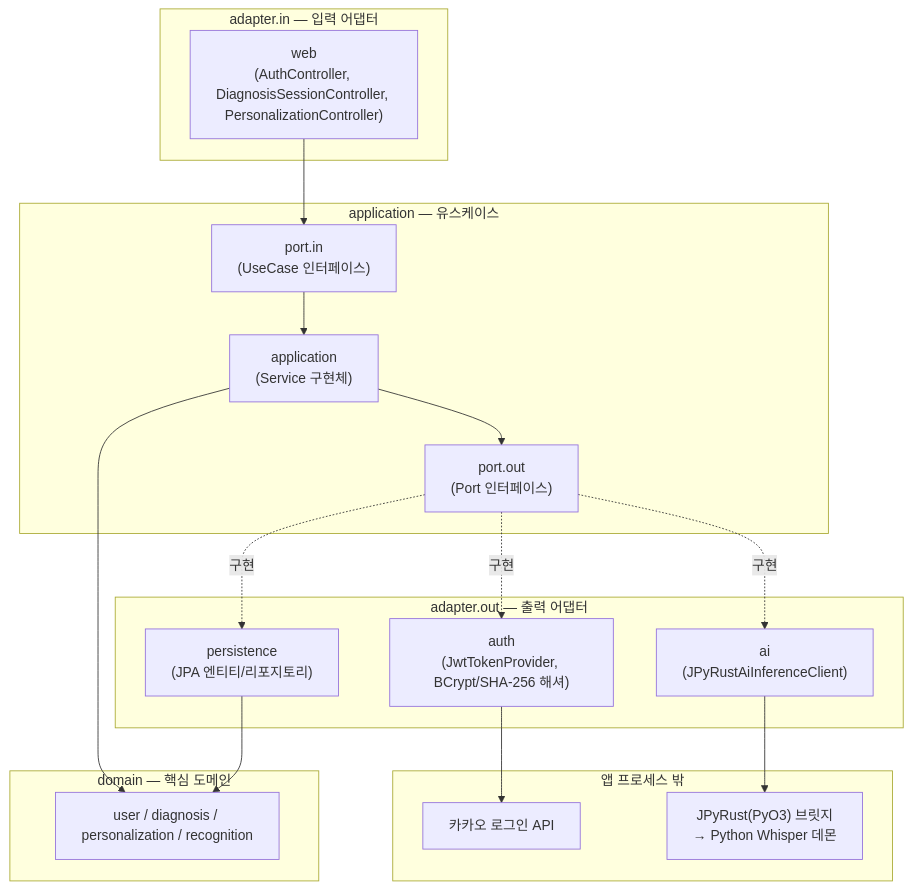
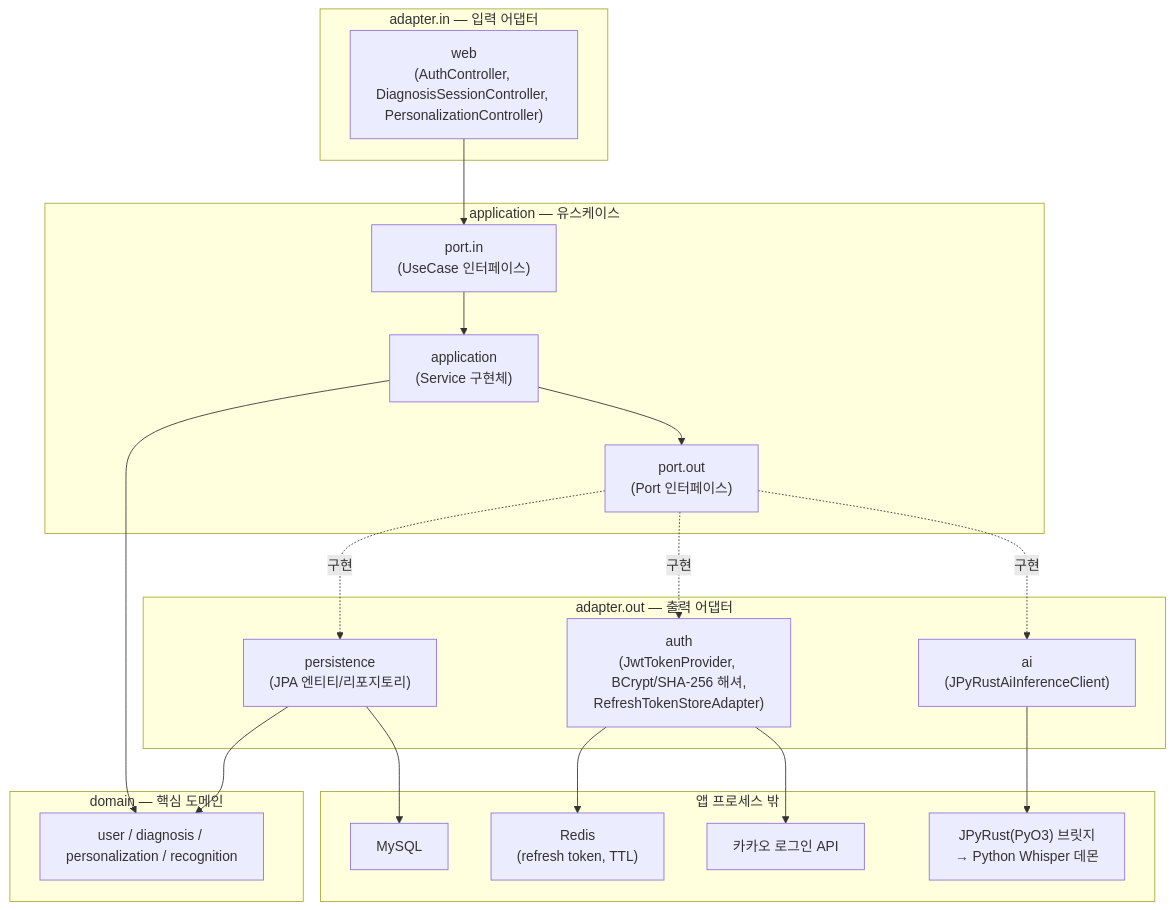
One commit to 42VoiceBridge/42VoiceBridge_BE changed the diagram in README.md. Above: the diagram before and after it, drawn with Mermaid. The commit also changed other lines of this file and 2 other files, not shown here.

First line of the commit message:
docs: Swagger/docker-compose/Redis 이관 반영해 문서 전체 최신화

````diff
--- a/README.md
+++ b/README.md
@@ -24,40 +27,44 @@
 ```mermaid
 graph TB
     subgraph adapter_in["adapter.in — 입력 어댑터"]
         WEB["web<br/>(AuthController, DiagnosisSessionController, PersonalizationController)"]
     end
 
     subgraph application["application — 유스케이스"]
         PORT_IN["port.in<br/>(UseCase 인터페이스)"]
         SERVICE["application<br/>(Service 구현체)"]
         PORT_OUT["port.out<br/>(Port 인터페이스)"]
     end
 
     subgraph domain["domain — 핵심 도메인"]
         MODEL["user / diagnosis / personalization / recognition"]
     end
 
     subgraph adapter_out["adapter.out — 출력 어댑터"]
         PERSIST["persistence<br/>(JPA 엔티티/리포지토리)"]
-        AUTH["auth<br/>(JwtTokenProvider, BCrypt/SHA-256 해셔)"]
+        AUTH["auth<br/>(JwtTokenProvider, BCrypt/SHA-256 해셔,<br/>RefreshTokenStoreAdapter)"]
         AI["ai<br/>(JPyRustAiInferenceClient)"]
     end
 
     subgraph external["앱 프로세스 밖"]
+        MYSQL["MySQL"]
+        REDIS["Redis<br/>(refresh token, TTL)"]
         JPYRUST["JPyRust(PyO3) 브릿지<br/>→ Python Whisper 데몬"]
         KAKAO["카카오 로그인 API"]
     end
 
     WEB --> PORT_IN
     PORT_IN --> SERVICE
     SERVICE --> MODEL
     SERVICE --> PORT_OUT
 
     PORT_OUT -.구현.-> PERSIST
     PORT_OUT -.구현.-> AUTH
     PORT_OUT -.구현.-> AI
 
     PERSIST --> MODEL
+    PERSIST --> MYSQL
+    AUTH --> REDIS
     AI --> JPYRUST
     AUTH --> KAKAO
 ```
````
